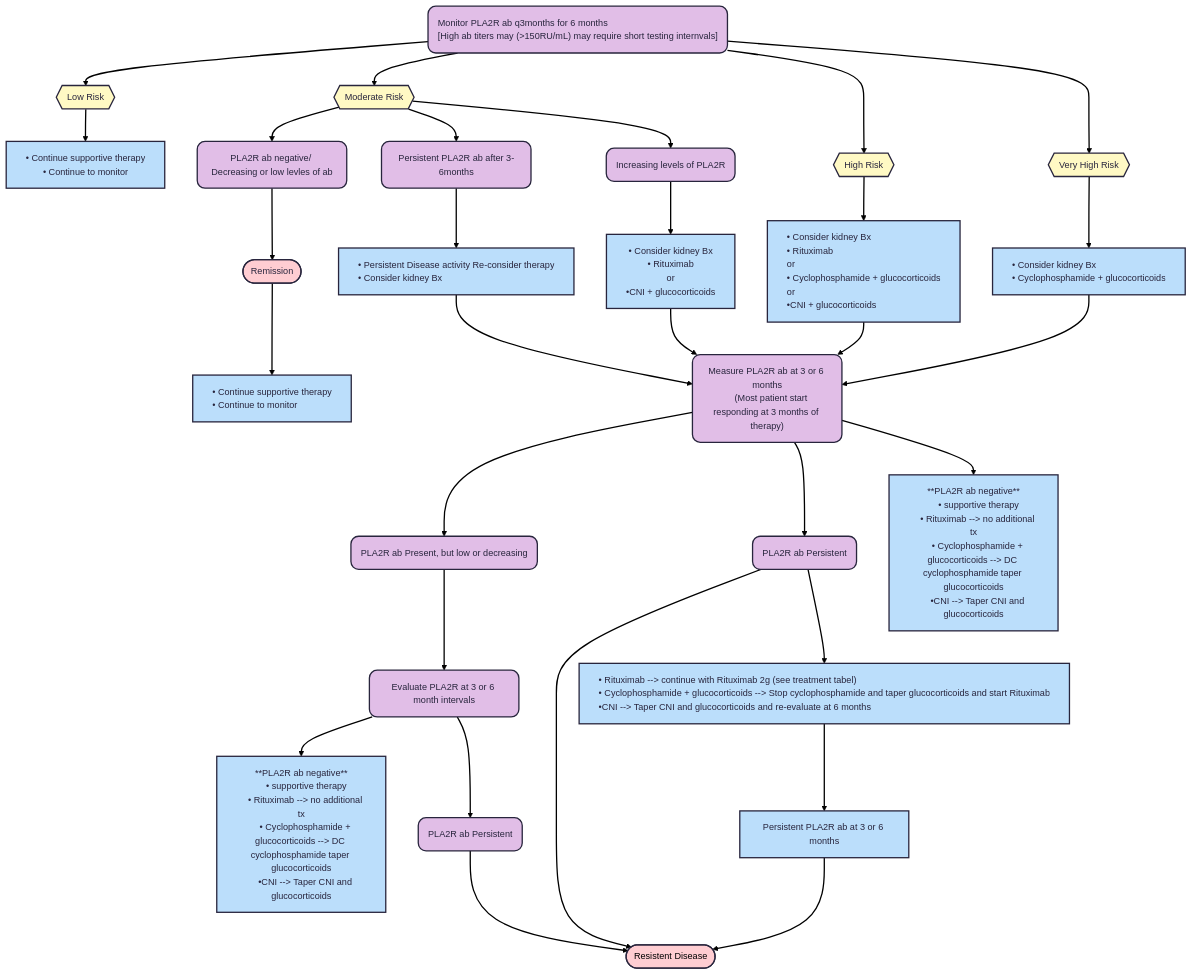
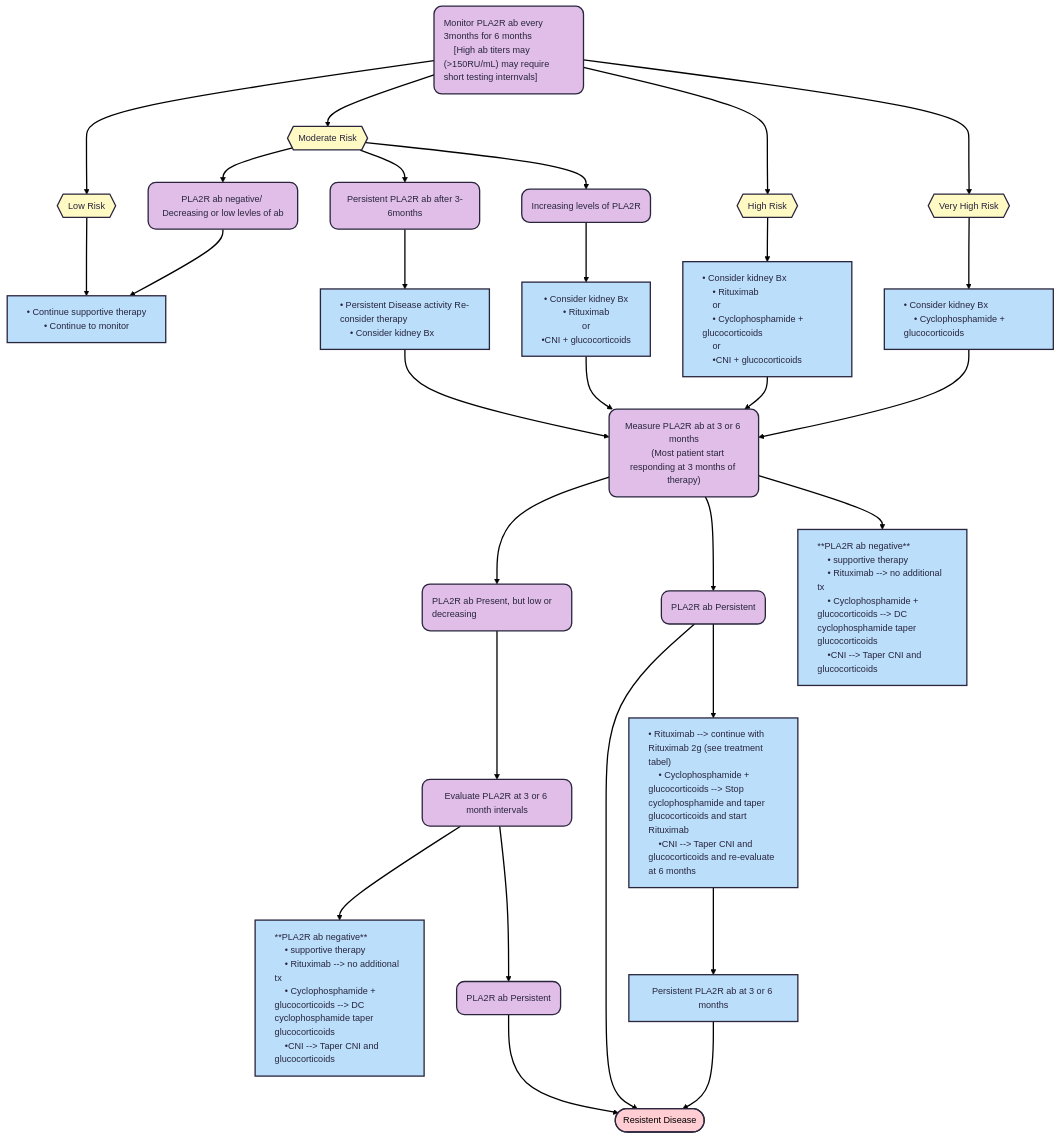
Before and after one commit to TTUNEPH2025/GN: the third of 4 diagrams in docs/Membranous.md, drawn with Mermaid.

````diff
--- a/docs/Membranous.md
+++ b/docs/Membranous.md
@@ -209,9 +209,10 @@
   theme: redux
 ---
 flowchart TD
-    n9["Monitor PLA2R ab q3months for 6 months
+    n9["Monitor PLA2R ab every 3months for 6 months
     [High ab titers may (>150RU/mL) may require short testing internvals]"] --> n10["Low Risk"] & n11["Moderate Risk"] & n12["High Risk"] & n13["Very High Risk"]
     n11 --> n15["PLA2R ab negative/ Decreasing or low levles of ab"] & n16["Persistent PLA2R ab after 3-6months"] & n17["Increasing levels of PLA2R"]
+n15 --> n75
     n12 --> n18["• Consider kidney Bx
     • Rituximab 
     or 
@@ -224,11 +225,8 @@
     • Rituximab 
     or
     •CNI + glucocorticoids"]
-    n15 --> n21(["Remission"])
     n16 --> n22["• Persistent Disease activity Re-consider therapy
     • Consider kidney Bx"]
-    n21 --> n23["• Continue supportive therapy
-    • Continue to monitor"]
     n18 --> n24["Measure PLA2R ab at 3 or 6 months
     (Most patient start responding at 3 months of therapy)"]
     n19 --> n24
@@ -266,7 +264,7 @@
     n27@{ shape: rounded}
     n29@{ shape: rounded}
     n31@{ shape: rounded}
-    style n9 fill:#E1BEE7,text-align:left,white-space:nowrap
+    style n9 fill:#E1BEE7,text-align:left
     style n10 fill:#FFF9C4
     style n11 fill:#FFF9C4
     style n12 fill:#FFF9C4
@@ -274,21 +272,19 @@
     style n15 fill:#E1BEE7
     style n16 fill:#E1BEE7
     style n17 fill:#E1BEE7
-    style n18 fill:#BBDEFB,text-align:left,white-space:nowrap
-    style n19 fill:#BBDEFB,text-align:left,white-space:nowrap
+    style n18 fill:#BBDEFB,text-align:left
+    style n19 fill:#BBDEFB,text-align:left
     style n20 fill:#BBDEFB
-    style n21 fill:#FFCDD2
-    style n22 fill:#BBDEFB,text-align:left,white-space:nowrap
-    style n23 fill:#BBDEFB,text-align:left,white-space:nowrap
+    style n22 fill:#BBDEFB,text-align:left
     style n24 fill:#E1BEE7
-    style n26 fill:#E1BEE7,text-align:left,white-space:nowrap
+    style n26 fill:#E1BEE7,text-align:left
     style n27 fill:#E1BEE7
-    style n28 fill:#BBDEFB
+    style n28 fill:#BBDEFB,text-align:left
     style n29 fill:#E1BEE7
-    style n30 fill:#BBDEFB
+    style n30 fill:#BBDEFB,text-align:left
     style n31 fill:#E1BEE7
-    style n32 color:#000000,fill:#FFCDD2,text-align:left,white-space:nowrap
-    style n73 fill:#BBDEFB,text-align:left,white-space:nowrap
+    style n32 color:#000000,fill:#FFCDD2,text-align:left
+    style n73 fill:#BBDEFB,text-align:left
     style n74 fill:#BBDEFB
     style n75 fill:#BBDEFB
 ```
````
